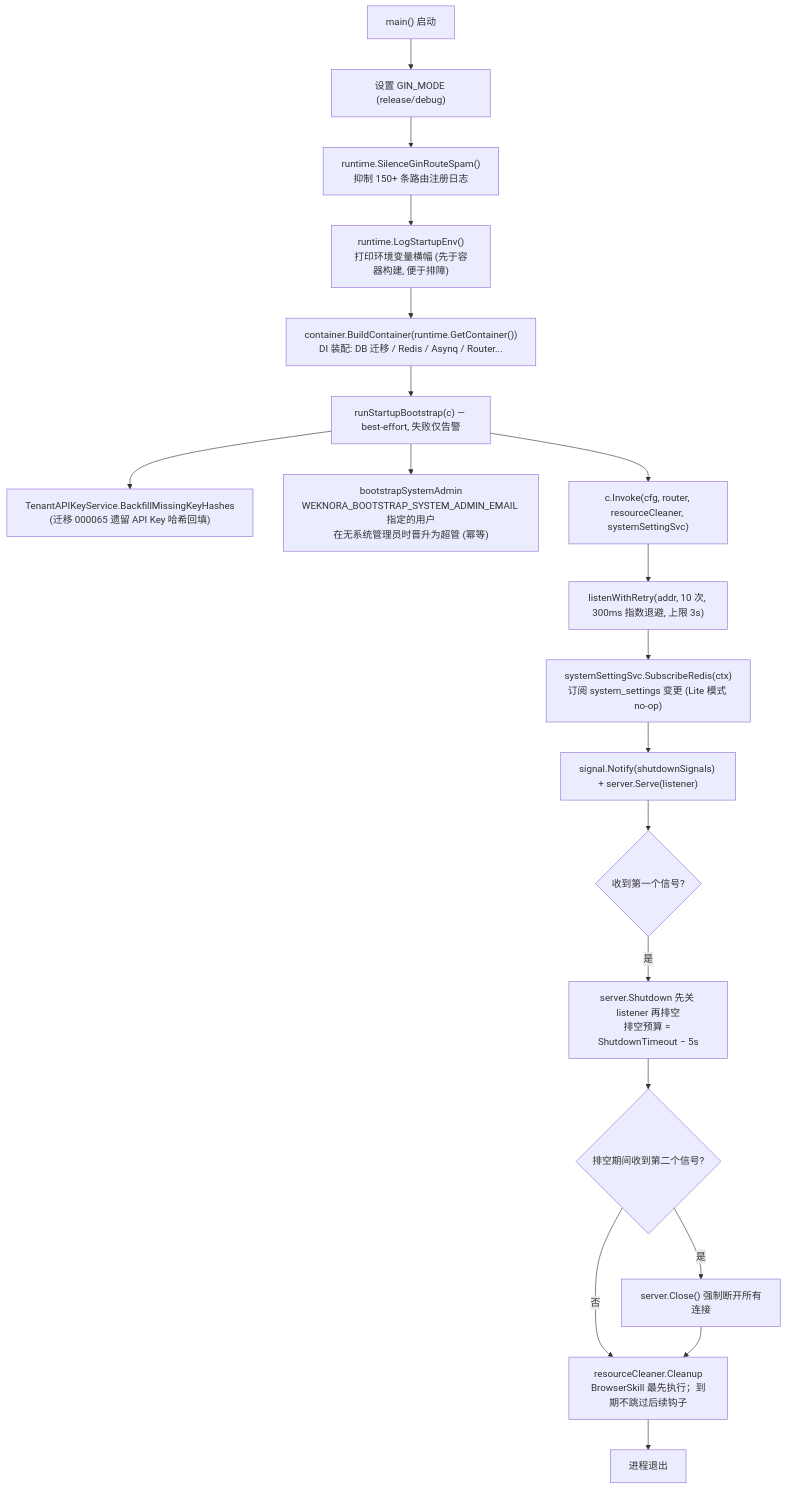
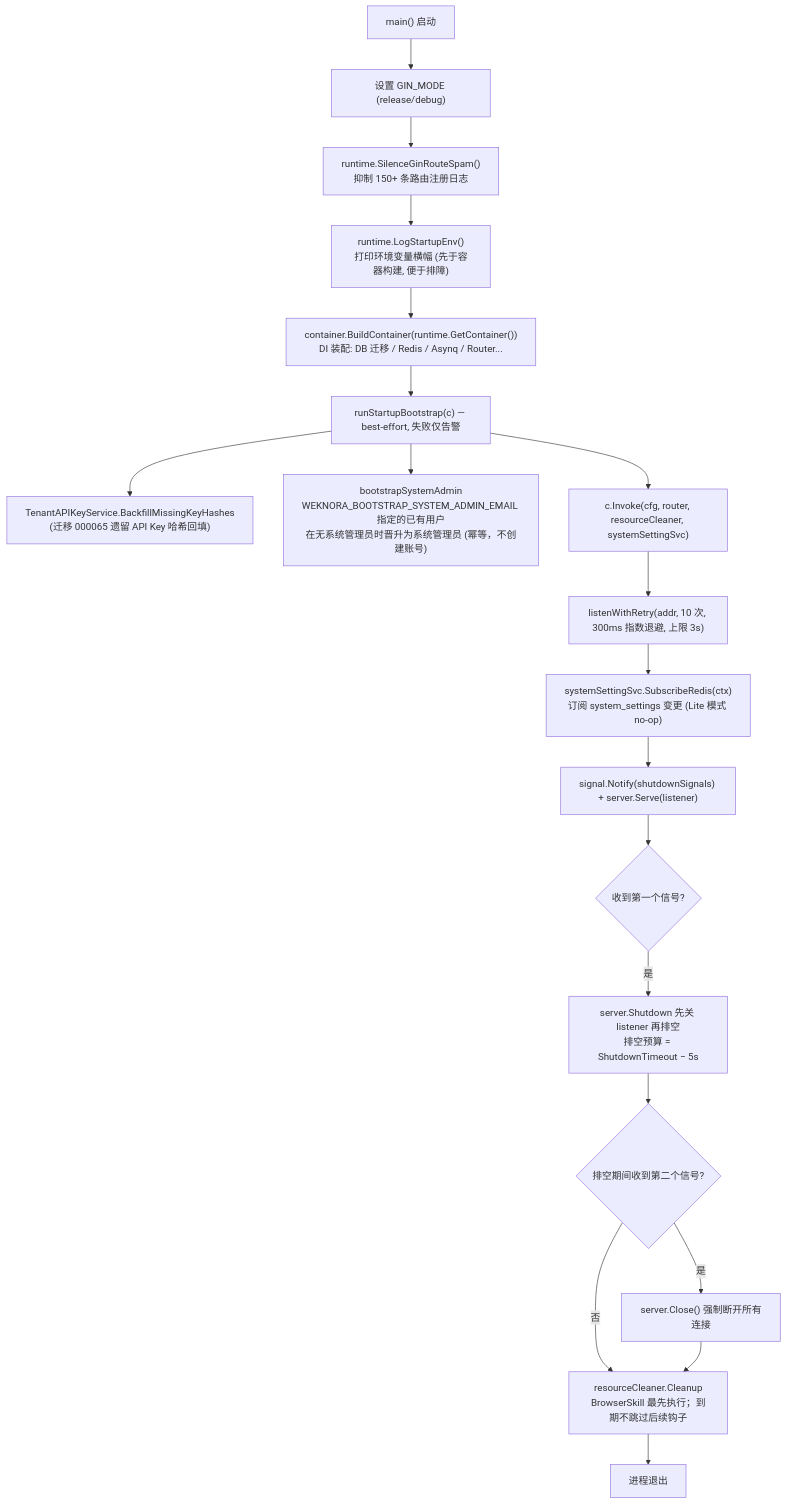
One commit to Tencent/WeKnora changed the second of 3 diagrams in website-docs/02-architecture/02-backend-design.md. Above: the diagram before and after it, drawn with Mermaid. The commit also changed other lines of this file and 22 other files, not shown here.

First line of the commit message:
fix: allow bootstrap admin signup when registration is closed

````diff
--- a/website-docs/02-architecture/02-backend-design.md
+++ b/website-docs/02-architecture/02-backend-design.md
@@ -108,21 +108,21 @@
 ```mermaid
 flowchart TD
     A["main() 启动"] --> B["设置 GIN_MODE (release/debug)"]
     B --> C["runtime.SilenceGinRouteSpam()<br/>抑制 150+ 条路由注册日志"]
     C --> D["runtime.LogStartupEnv()<br/>打印环境变量横幅 (先于容器构建, 便于排障)"]
     D --> E["container.BuildContainer(runtime.GetContainer())<br/>DI 装配: DB 迁移 / Redis / Asynq / Router..."]
     E --> F["runStartupBootstrap(c) — best-effort, 失败仅告警"]
     F --> F1["TenantAPIKeyService.BackfillMissingKeyHashes<br/>(迁移 000065 遗留 API Key 哈希回填)"]
-    F --> F2["bootstrapSystemAdmin<br/>WEKNORA_BOOTSTRAP_SYSTEM_ADMIN_EMAIL 指定的用户<br/>在无系统管理员时晋升为超管 (幂等)"]
+    F --> F2["bootstrapSystemAdmin<br/>WEKNORA_BOOTSTRAP_SYSTEM_ADMIN_EMAIL 指定的已有用户<br/>在无系统管理员时晋升为系统管理员 (幂等，不创建账号)"]
     F --> G["c.Invoke(cfg, router, resourceCleaner, systemSettingSvc)"]
     G --> H["listenWithRetry(addr, 10 次, 300ms 指数退避, 上限 3s)"]
     H --> I["systemSettingSvc.SubscribeRedis(ctx)<br/>订阅 system_settings 变更 (Lite 模式 no-op)"]
     I --> J["signal.Notify(shutdownSignals) + server.Serve(listener)"]
     J --> K{"收到第一个信号?"}
     K -->|是| L["server.Shutdown 先关 listener 再排空<br/>排空预算 = ShutdownTimeout − 5s"]
     L --> M{"排空期间收到第二个信号?"}
     M -->|是| N["server.Close() 强制断开所有连接"]
     M -->|否| O["resourceCleaner.Cleanup<br/>BrowserSkill 最先执行；到期不跳过后续钩子"]
     N --> O
     O --> P["进程退出"]
 ```
````
